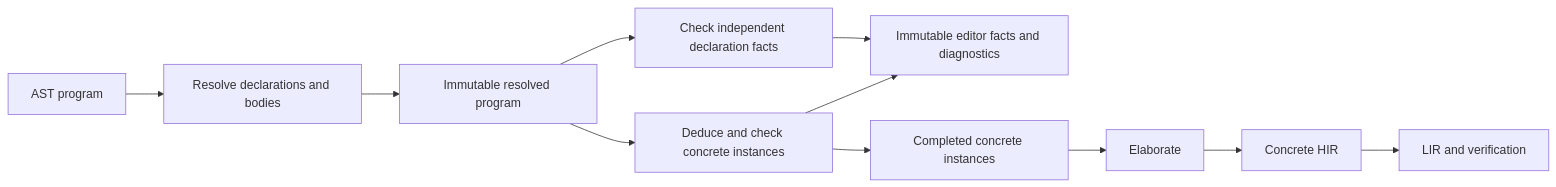
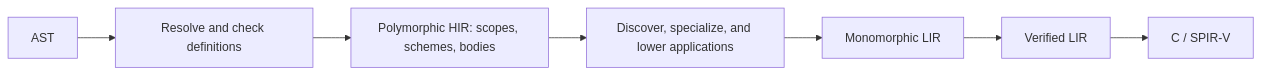
Before and after one commit to tsnl/resin: the diagram in doc/template-implementation.md, drawn with Mermaid. The commit also changed other lines of this file and 2 other files, not shown here.

Commit message:
Design polymorphic HIR with specialization during LIR lowering

````diff
--- a/doc/template-implementation.md
+++ b/doc/template-implementation.md
@@ -15,13 +15,9 @@
 ```mermaid
 flowchart LR
-    ast[AST program] --> resolve[Resolve declarations and bodies]
-    resolve --> program[Immutable resolved program]
-    program --> validate[Check independent declaration facts]
-    program --> instances[Deduce and check concrete instances]
-    validate --> facts[Immutable editor facts and diagnostics]
-    instances --> facts
-    instances --> checked[Completed concrete instances]
-    checked --> elaborate[Elaborate]
-    elaborate --> hir[Concrete HIR]
-    hir --> lir[LIR and verification]
+    ast[AST] --> check[Resolve and check definitions]
+    check --> hir[Polymorphic HIR: scopes, schemes, bodies]
+    hir --> lower[Discover, specialize, and lower applications]
+    lower --> lir[Monomorphic LIR]
+    lir --> verify[Verified LIR]
+    verify --> codegen[C / SPIR-V]
 ```
````
